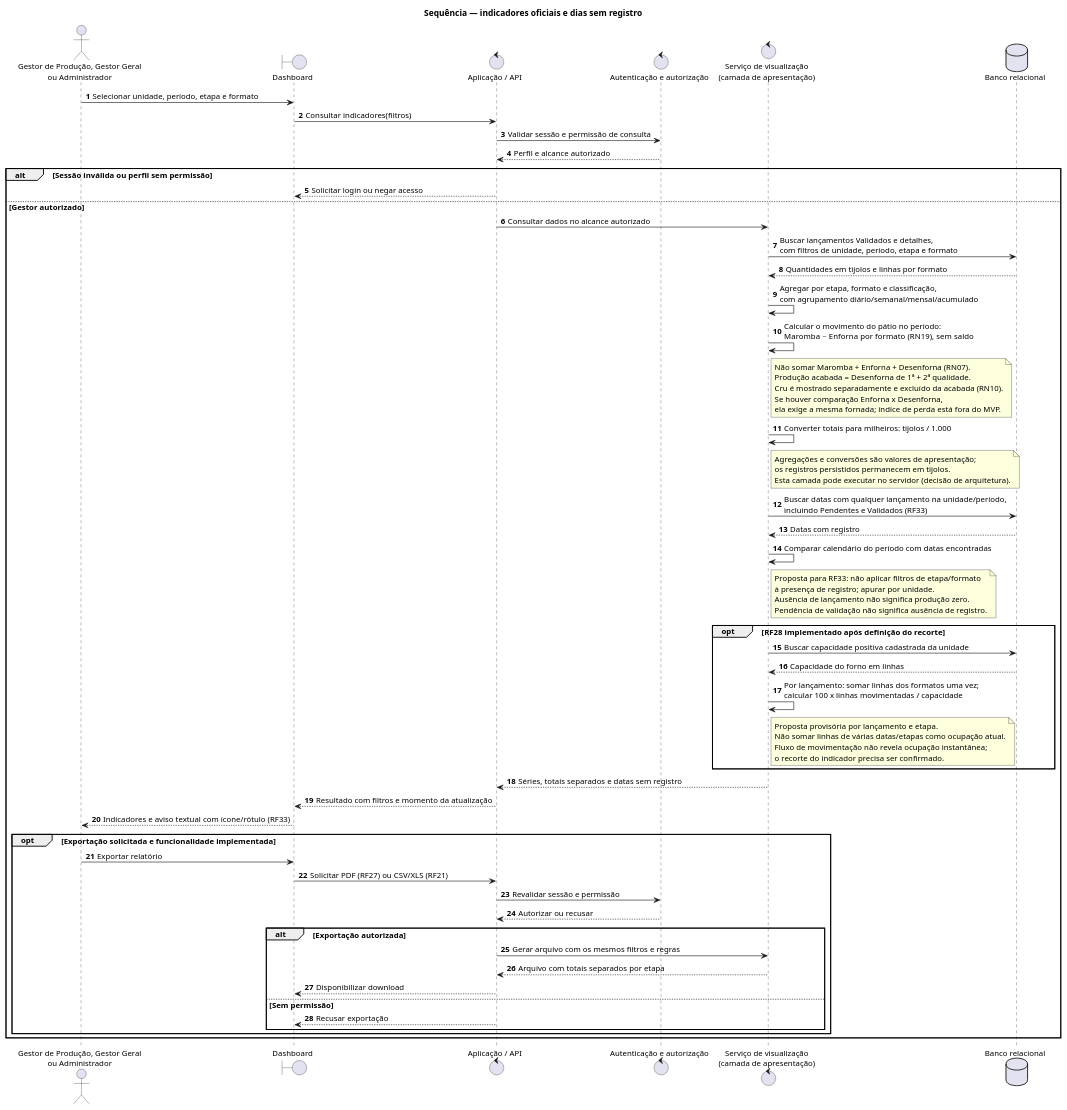
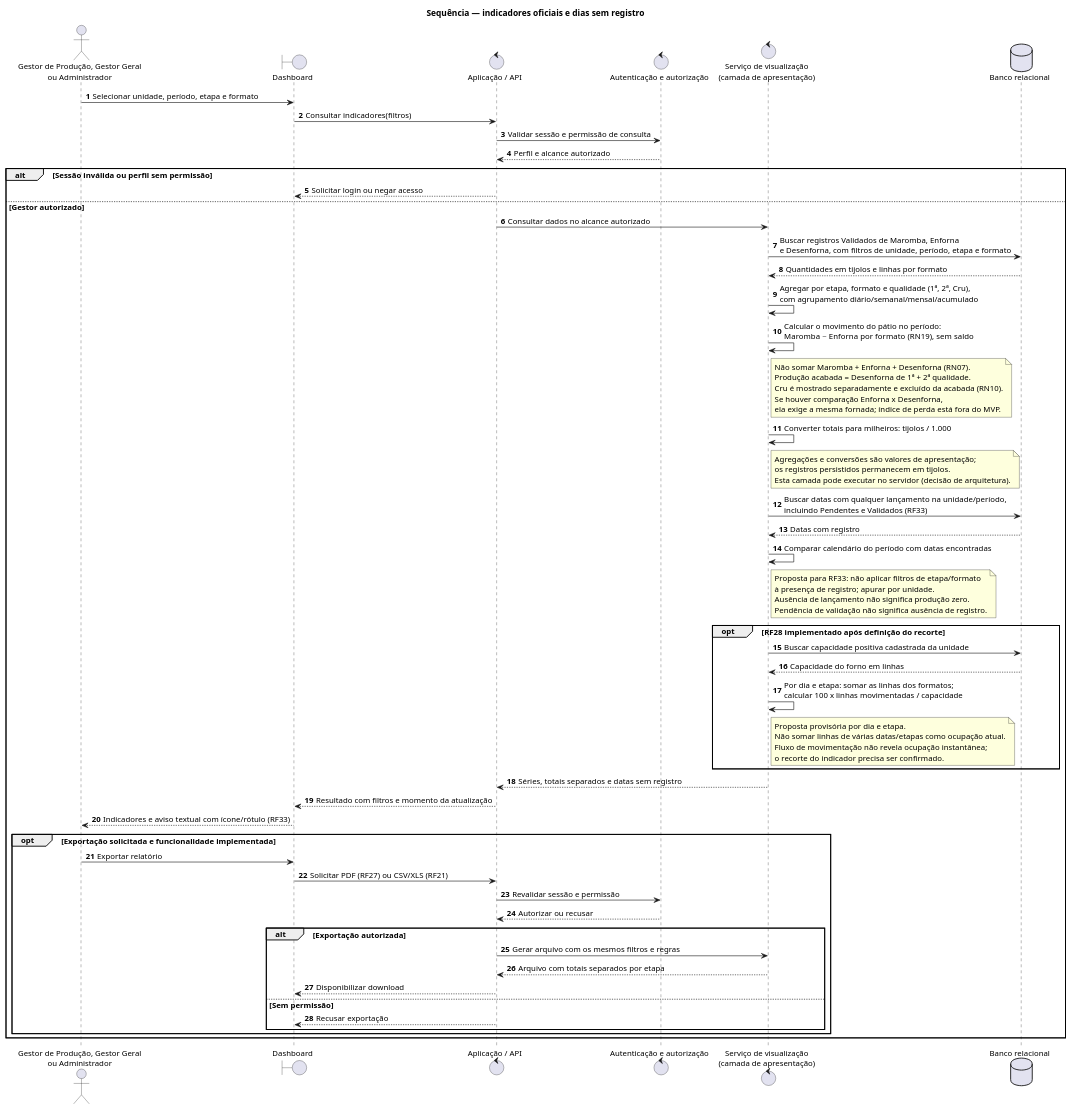
One commit to emilynerys/Projeto-Cer-mica-SOCRE changed the diagram in docs/uml/06_sequencia_consultar_indicadores.puml. Above: the diagram before and after it, drawn with PlantUML. The commit also changed 15 other files, not shown here.

First line of the commit message:
Separa Maromba, Enforna e Desenforna no modelo e nos diagramas

```diff
--- a/docs/uml/06_sequencia_consultar_indicadores.puml
+++ b/docs/uml/06_sequencia_consultar_indicadores.puml
@@ -1,77 +1,77 @@
 @startuml
 skinparam shadowing false
 skinparam defaultFontName Arial
 skinparam defaultFontSize 13
 autonumber
 title Sequência — indicadores oficiais e dias sem registro
 
 actor "Gestor de Produção, Gestor Geral\nou Administrador" as Gestor
 boundary "Dashboard" as Tela
 control "Aplicação / API" as API
 control "Autenticação e autorização" as Acesso
 control "Serviço de visualização\n(camada de apresentação)" as BI
 database "Banco relacional" as BD
 
 Gestor -> Tela : Selecionar unidade, período, etapa e formato
 Tela -> API : Consultar indicadores(filtros)
 API -> Acesso : Validar sessão e permissão de consulta
 Acesso --> API : Perfil e alcance autorizado
 alt Sessão inválida ou perfil sem permissão
   API --> Tela : Solicitar login ou negar acesso
 else Gestor autorizado
   API -> BI : Consultar dados no alcance autorizado
-  BI -> BD : Buscar lançamentos Validados e detalhes,\ncom filtros de unidade, período, etapa e formato
+  BI -> BD : Buscar registros Validados de Maromba, Enforna\ne Desenforna, com filtros de unidade, período, etapa e formato
   BD --> BI : Quantidades em tijolos e linhas por formato
-  BI -> BI : Agregar por etapa, formato e classificação,\ncom agrupamento diário/semanal/mensal/acumulado
+  BI -> BI : Agregar por etapa, formato e qualidade (1ª, 2ª, Cru),\ncom agrupamento diário/semanal/mensal/acumulado
   BI -> BI : Calcular o movimento do pátio no período:\nMaromba − Enforna por formato (RN19), sem saldo
   note right of BI
     Não somar Maromba + Enforna + Desenforna (RN07).
     Produção acabada = Desenforna de 1ª + 2ª qualidade.
     Cru é mostrado separadamente e excluído da acabada (RN10).
     Se houver comparação Enforna x Desenforna,
     ela exige a mesma fornada; índice de perda está fora do MVP.
   end note
   BI -> BI : Converter totais para milheiros: tijolos / 1.000
   note right of BI
     Agregações e conversões são valores de apresentação;
     os registros persistidos permanecem em tijolos.
     Esta camada pode executar no servidor (decisão de arquitetura).
   end note
   BI -> BD : Buscar datas com qualquer lançamento na unidade/período,\nincluindo Pendentes e Validados (RF33)
   BD --> BI : Datas com registro
   BI -> BI : Comparar calendário do período com datas encontradas
   note right of BI
     Proposta para RF33: não aplicar filtros de etapa/formato
     à presença de registro; apurar por unidade.
     Ausência de lançamento não significa produção zero.
     Pendência de validação não significa ausência de registro.
   end note
   opt RF28 implementado após definição do recorte
     BI -> BD : Buscar capacidade positiva cadastrada da unidade
     BD --> BI : Capacidade do forno em linhas
-    BI -> BI : Por lançamento: somar linhas dos formatos uma vez;\ncalcular 100 x linhas movimentadas / capacidade
+    BI -> BI : Por dia e etapa: somar as linhas dos formatos;\ncalcular 100 x linhas movimentadas / capacidade
     note right of BI
-      Proposta provisória por lançamento e etapa.
+      Proposta provisória por dia e etapa.
       Não somar linhas de várias datas/etapas como ocupação atual.
       Fluxo de movimentação não revela ocupação instantânea;
       o recorte do indicador precisa ser confirmado.
     end note
   end
   BI --> API : Séries, totais separados e datas sem registro
   API --> Tela : Resultado com filtros e momento da atualização
   Tela --> Gestor : Indicadores e aviso textual com ícone/rótulo (RF33)
   opt Exportação solicitada e funcionalidade implementada
     Gestor -> Tela : Exportar relatório
     Tela -> API : Solicitar PDF (RF27) ou CSV/XLS (RF21)
     API -> Acesso : Revalidar sessão e permissão
     Acesso --> API : Autorizar ou recusar
     alt Exportação autorizada
       API -> BI : Gerar arquivo com os mesmos filtros e regras
       BI --> API : Arquivo com totais separados por etapa
       API --> Tela : Disponibilizar download
     else Sem permissão
       API --> Tela : Recusar exportação
     end
   end
 end
 @enduml
```
